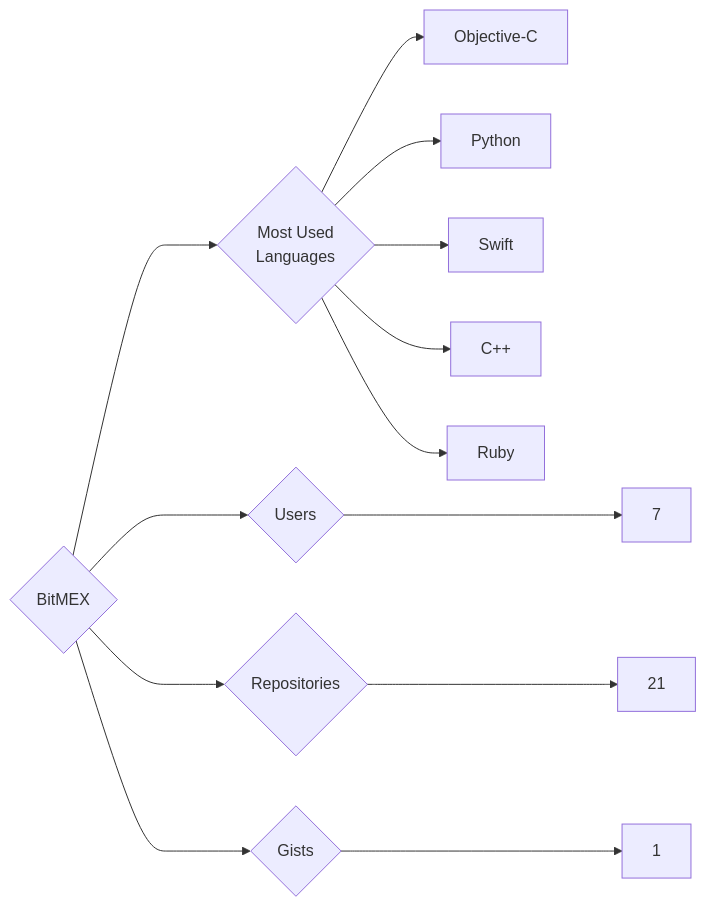
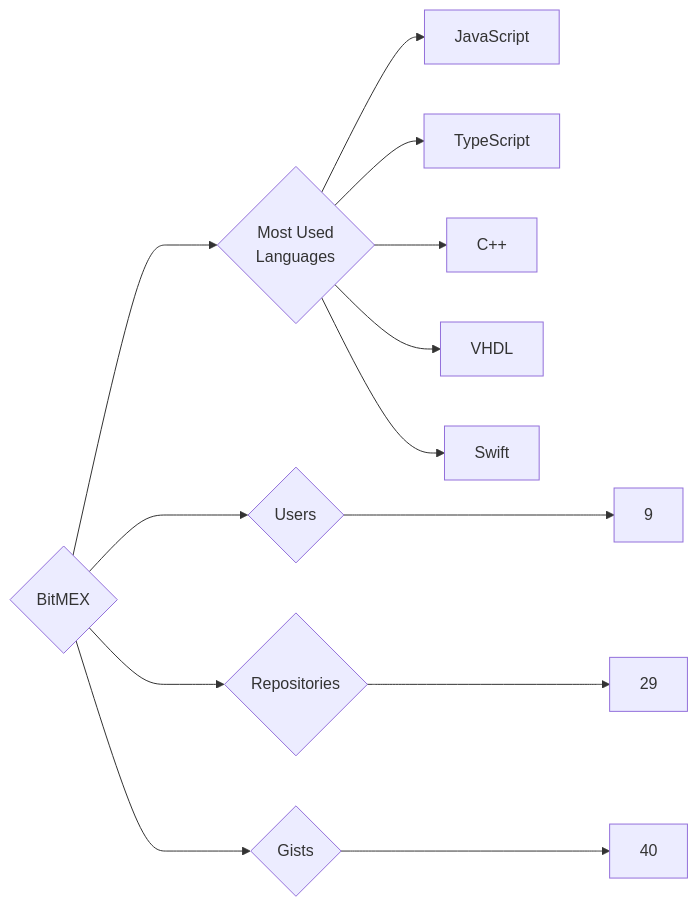
The diagram in targets/BitMEX/README.md (trickest/insiders), drawn with Mermaid before and after one commit. The commit also changed 916 other files, not shown here.

````diff
--- a/targets/BitMEX/README.md
+++ b/targets/BitMEX/README.md
@@ -3,13 +3,13 @@
 ```mermaid
 graph LR
 COMPANY_NAME{BitMEX}
-COMPANY_NAME ---> U{Users} ---> UN[7]
-COMPANY_NAME ---> R{Repositories} ---> RN[21]
-COMPANY_NAME ---> G{Gists} ---> GN[1]
+COMPANY_NAME ---> U{Users} ---> UN[9]
+COMPANY_NAME ---> R{Repositories} ---> RN[29]
+COMPANY_NAME ---> G{Gists} ---> GN[40]
 COMPANY_NAME ---> ML{Most Used<br>Languages}
-ML --> Objective-C[Objective-C]
-ML --> Python[Python]
+ML --> JavaScript[JavaScript]
+ML --> TypeScript[TypeScript]
+ML --> C++[C++]
+ML --> VHDL[VHDL]
 ML --> Swift[Swift]
-ML --> C++[C++]
-ML --> Ruby[Ruby]
 ```
````
